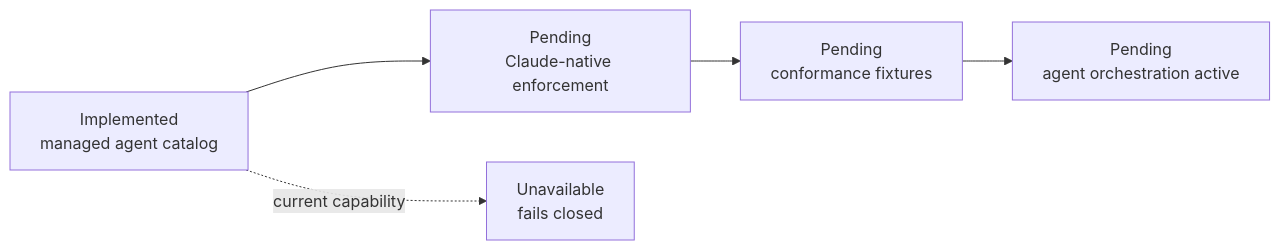
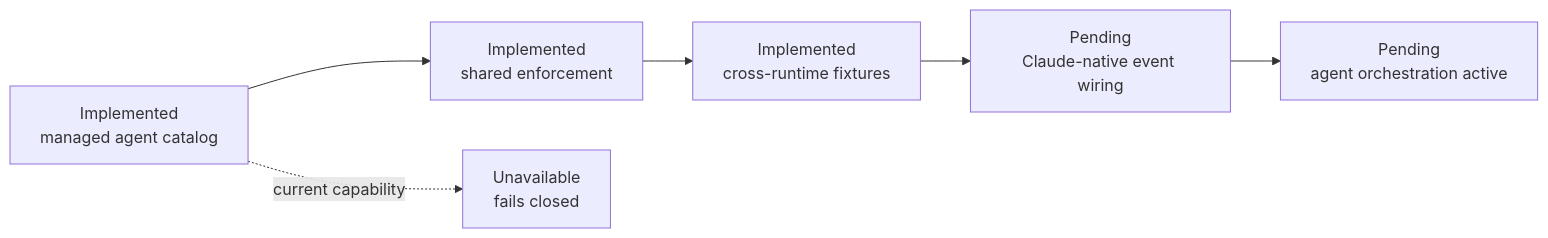
One commit to agentic-os-brasil/bcg-brasil-agentic-os changed the diagram in adapters/claude/README.md. Above: the diagram before and after it, drawn with Mermaid. The commit also changed other lines of this file and 7 other files, not shown here.

Commit message:
feat: enforce governed agent orchestration

````diff
--- a/adapters/claude/README.md
+++ b/adapters/claude/README.md
@@ -18,7 +24,8 @@
 ```mermaid
 flowchart LR
-    Catalog["Implemented<br/>managed agent catalog"] --> Adapter["Pending<br/>Claude-native enforcement"]
-    Adapter --> Fixtures["Pending<br/>conformance fixtures"]
-    Fixtures --> Active["Pending<br/>agent orchestration active"]
+    Catalog["Implemented<br/>managed agent catalog"] --> Adapter["Implemented<br/>shared enforcement"]
+    Adapter --> Fixtures["Implemented<br/>cross-runtime fixtures"]
+    Fixtures --> Wiring["Pending<br/>Claude-native event wiring"]
+    Wiring --> Active["Pending<br/>agent orchestration active"]
     Catalog -.->|current capability| Unavailable["Unavailable<br/>fails closed"]
 ```
````
